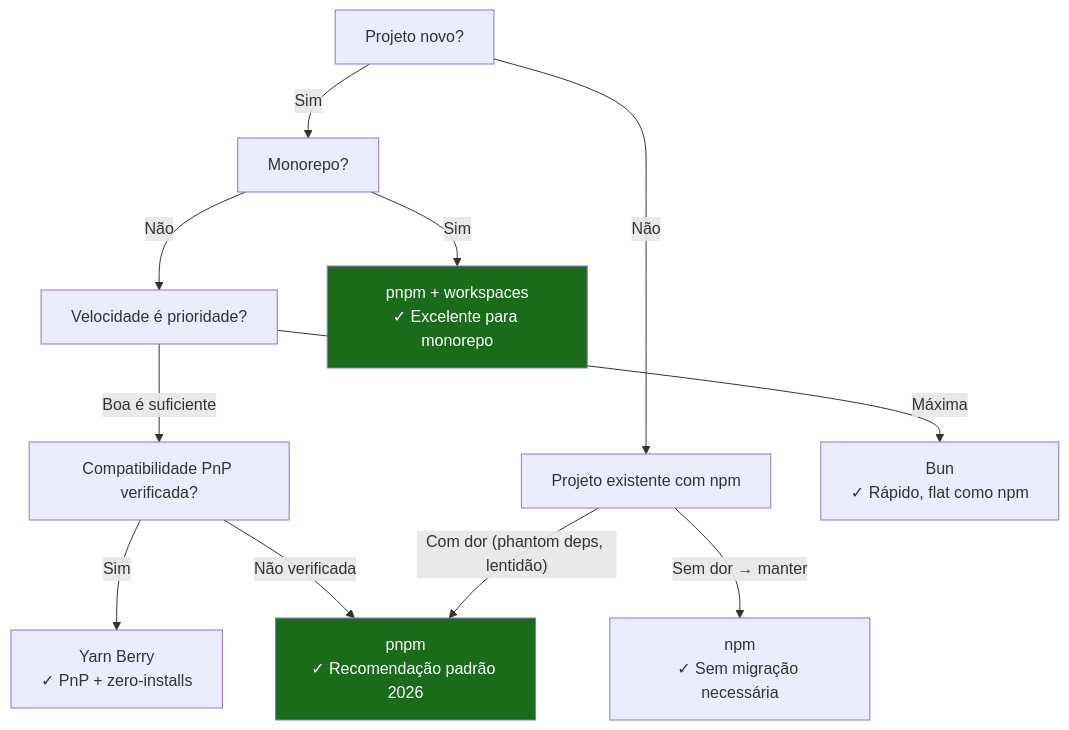
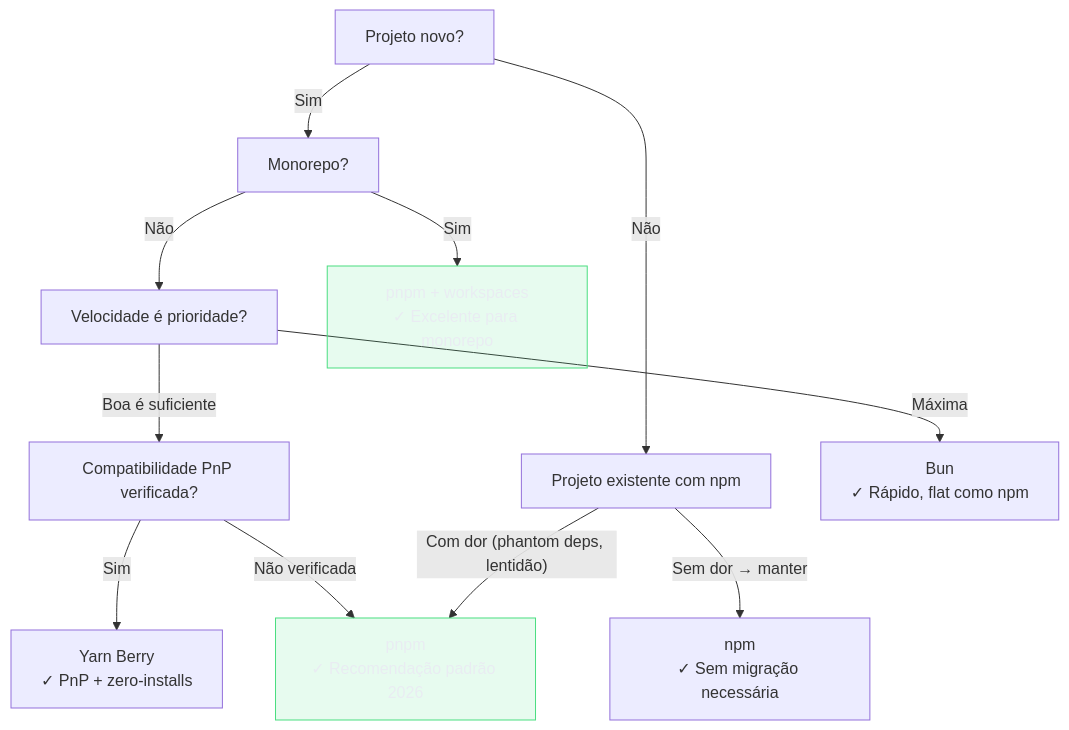
Before and after one commit to josenaldo/codex-technomanticus: the fifth of 5 diagrams in 03-Dominios/Tecnologia/Tooling e Build/03 - Package managers - npm, pnpm, yarn e Bun.md, drawn with Mermaid. The commit also changed 1181 other files, not shown here.

First line of the commit message:
fix(diagramas): paleta do sistema no lugar de cor cravada no markdown

````diff
--- a/03-Dominios/Tecnologia/Tooling e Build/03 - Package managers - npm, pnpm, yarn e Bun.md
+++ b/03-Dominios/Tecnologia/Tooling e Build/03 - Package managers - npm, pnpm, yarn e Bun.md
@@ -784,27 +784,28 @@
 ```mermaid
 flowchart TD
+    classDef ok fill:#4ADE8021,stroke:#4ADE80,color:#E9ECF2
     A["Projeto novo?"]
     B["Monorepo?"]
     C["Velocidade é prioridade?"]
     D["Compatibilidade PnP verificada?"]
     E["Projeto existente com npm"]
     F["pnpm\n✓ Recomendação padrão 2026"]
     G["pnpm + workspaces\n✓ Excelente para monorepo"]
     H["Bun\n✓ Rápido, flat como npm"]
     I["Yarn Berry\n✓ PnP + zero-installs"]
     J["npm\n✓ Sem migração necessária"]
 
     A -->|"Sim"| B
     A -->|"Não"| E
     B -->|"Sim"| G
     B -->|"Não"| C
     C -->|"Máxima"| H
     C -->|"Boa é suficiente"| D
     D -->|"Sim"| I
     D -->|"Não verificada"| F
     E -->|"Sem dor → manter"| J
     E -->|"Com dor (phantom deps, lentidão)"| F
 
-    style F fill:#1a6b1a,color:#fff
-    style G fill:#1a6b1a,color:#fff
+    class F ok
+    class G ok
 ```
````
